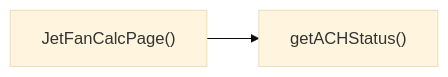
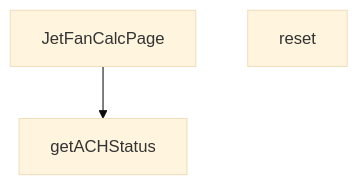
The diagram in src/views/calculators/JetFanCalcPage.md (peckop/venthub-hvac-esite), drawn with Mermaid (base theme) before and after one commit. The commit also changed other lines of this file and 488 other files, not shown here.

````diff
--- a/src/views/calculators/JetFanCalcPage.md
+++ b/src/views/calculators/JetFanCalcPage.md
@@ -137,4 +131,7 @@
 ```mermaid
-graph LR
-    JetFanCalcPage["JetFanCalcPage()"] --> getACHStatus["getACHStatus()"]
+graph TD
+    JetFanCalcPage_tsx__JetFanCalcPage["JetFanCalcPage"]
+    JetFanCalcPage_tsx__getACHStatus["getACHStatus"]
+    JetFanCalcPage_tsx__reset["reset"]
+    JetFanCalcPage_tsx__JetFanCalcPage --> JetFanCalcPage_tsx__getACHStatus
 ```
````
